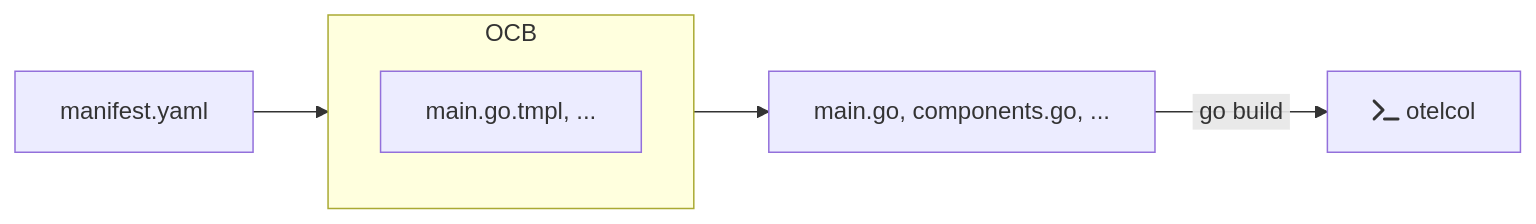
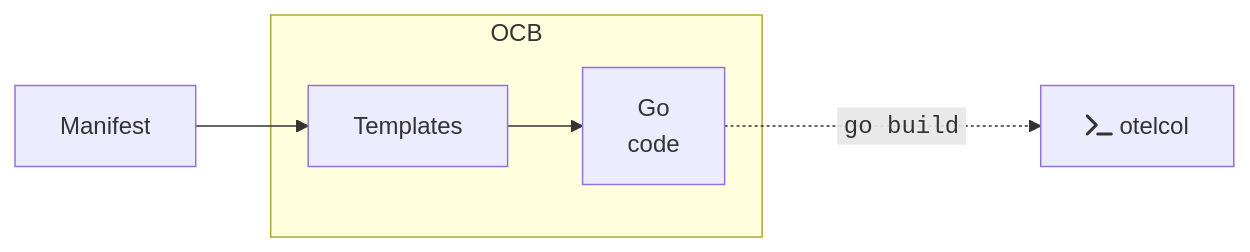
The diagram in diagram/ocb-build-pipeline.mmd (evan-bradley/kubecon-eu-25), drawn with Mermaid before and after one commit.

Commit message:
Redid ocb build pipeline diagram

```diff
--- a/diagram/ocb-build-pipeline.mmd
+++ b/diagram/ocb-build-pipeline.mmd
@@ -1,18 +1,17 @@
 flowchart LR
-    manifest["manifest.yaml"]
+    manifest[Manifest]
     
     subgraph ocb["OCB"]
-        tmpl["main.go.tmpl, ..."]
+        tmpl[Templates]
+        code["Go<br>code"]
     end
-
-    code["main.go, components.go, ..."]
 
     bin["fa:fa-terminal otelcol"]
 
-    manifest --> ocb
-    ocb --> code
-    code -->|"&nbsp;go build&nbsp;"| bin
+    manifest --> tmpl
+    tmpl --> code
+    code -..->|"&nbsp;<code>go build</code>&nbsp;"| bin
 
 class manifest,tmpl,code,bin box;
 class manifest,tmpl,code,bin rounded;
 class ocb container;
```
